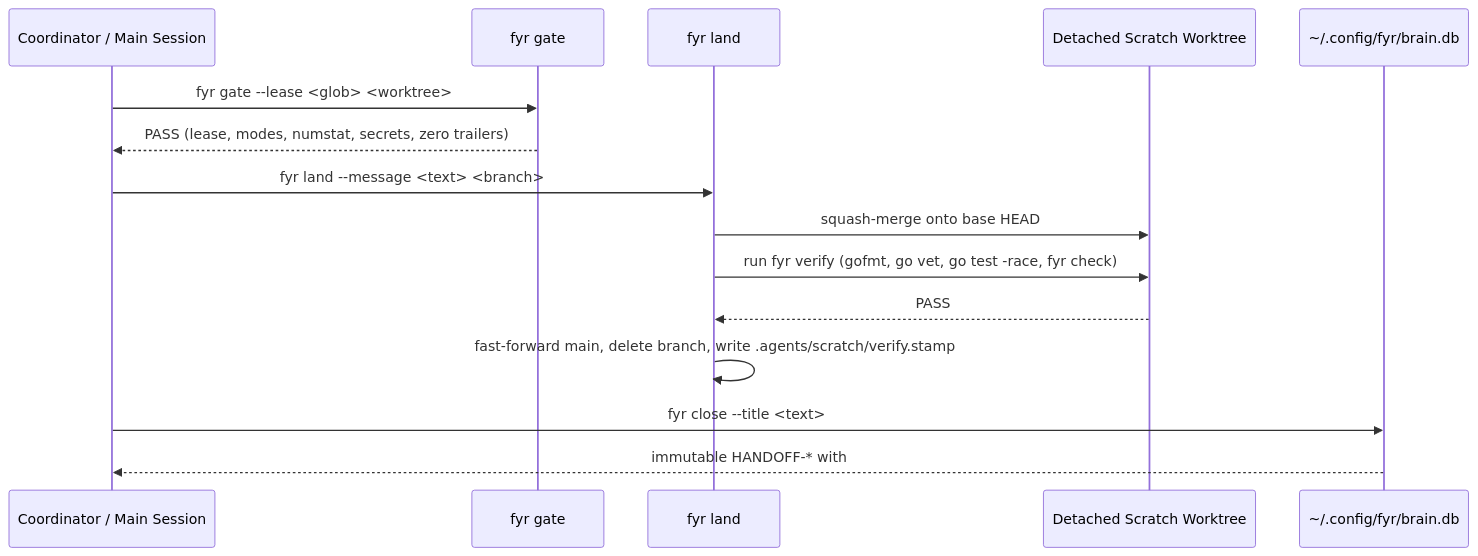
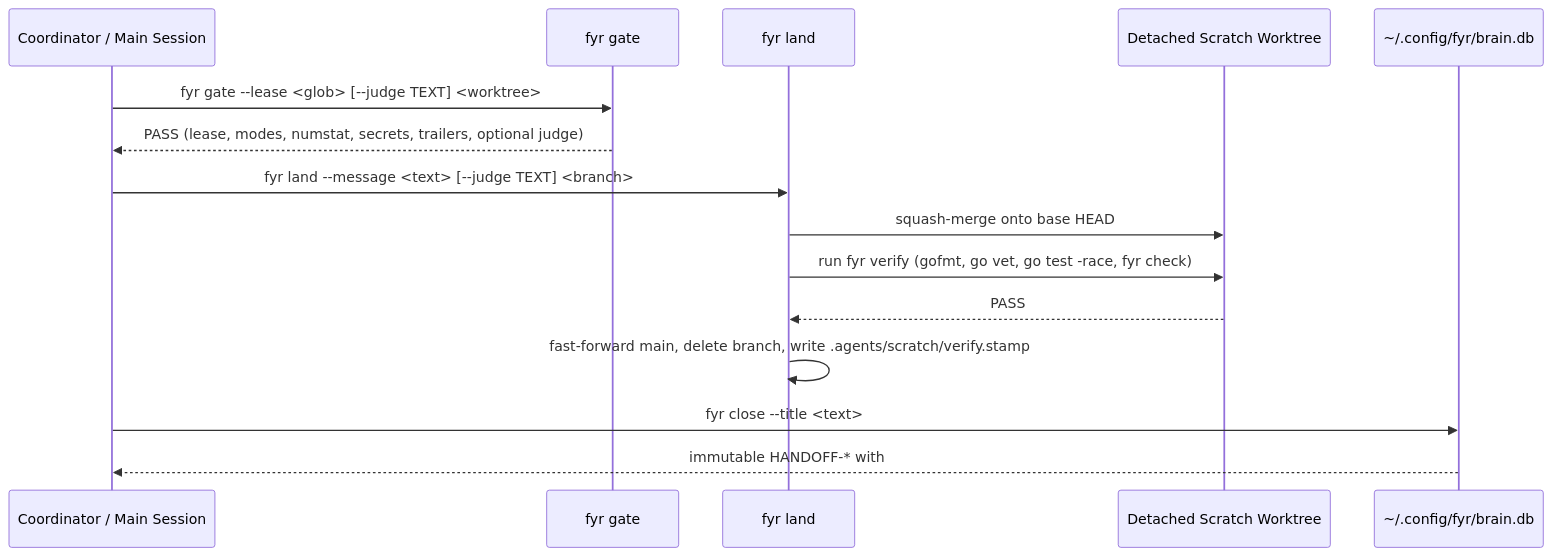
The second of 3 diagrams in features/workflows-and-build-control.md (kesokaj/fyr), drawn with Mermaid before and after one commit. The commit also changed other lines of this file and 6 other files, not shown here.

````diff
--- a/features/workflows-and-build-control.md
+++ b/features/workflows-and-build-control.md
@@ -24,17 +24,17 @@
 ```mermaid
 sequenceDiagram
     participant Lead as Coordinator / Main Session
     participant Gate as fyr gate
     participant Land as fyr land
     participant WT as Detached Scratch Worktree
     participant Brain as ~/.config/fyr/brain.db
-    Lead->>Gate: fyr gate --lease <glob> <worktree>
-    Gate-->>Lead: PASS (lease, modes, numstat, secrets, zero trailers)
-    Lead->>Land: fyr land --message <text> <branch>
+    Lead->>Gate: fyr gate --lease <glob> [--judge TEXT] <worktree>
+    Gate-->>Lead: PASS (lease, modes, numstat, secrets, trailers, optional judge)
+    Lead->>Land: fyr land --message <text> [--judge TEXT] <branch>
     Land->>WT: squash-merge onto base HEAD
     Land->>WT: run fyr verify (gofmt, go vet, go test -race, fyr check)
     WT-->>Land: PASS
     Land->>Land: fast-forward main, delete branch, write .agents/scratch/verify.stamp
     Lead->>Brain: fyr close --title <text>
     Brain-->>Lead: immutable HANDOFF-* with ## Verification Digest
 ```
````
